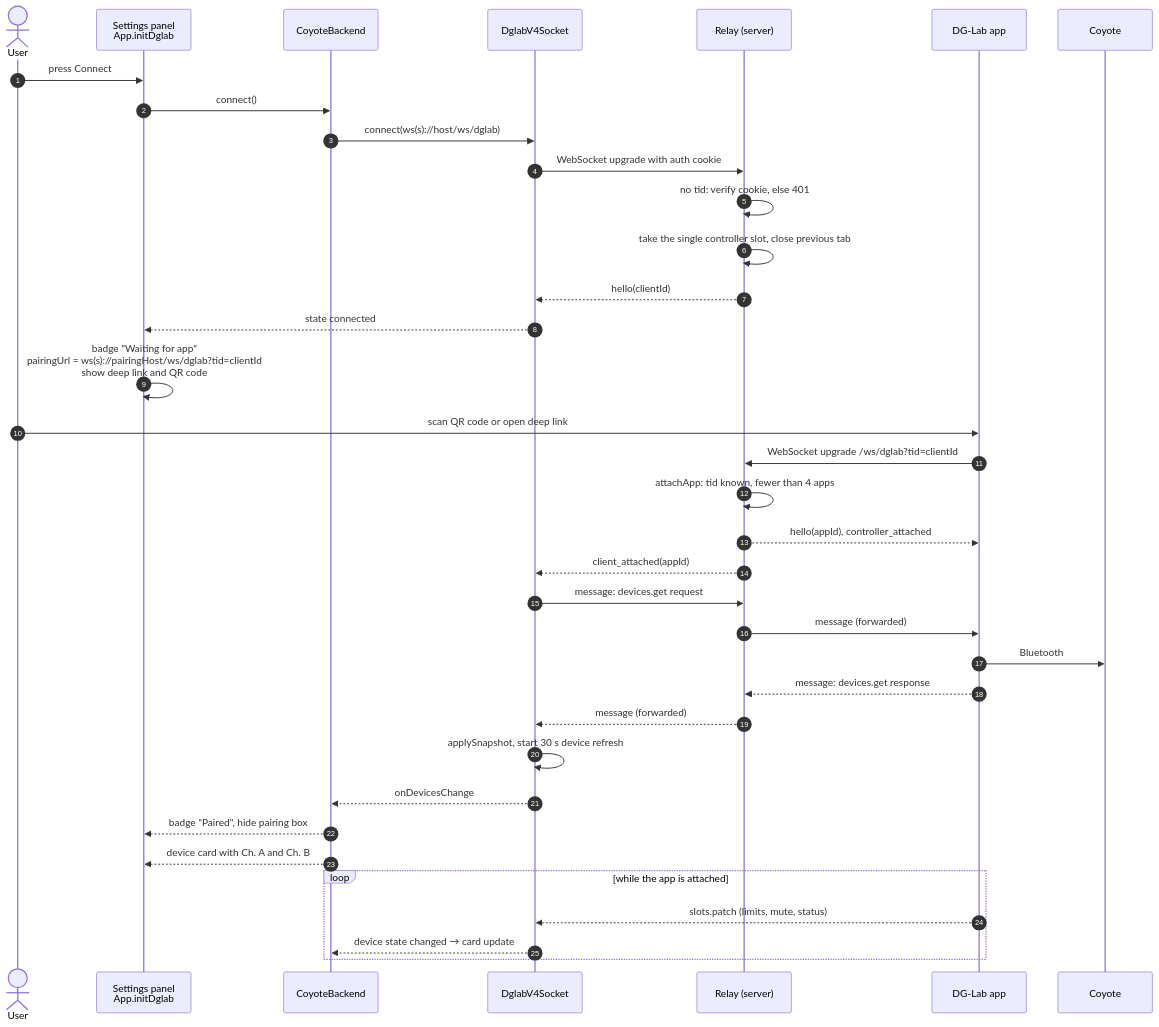
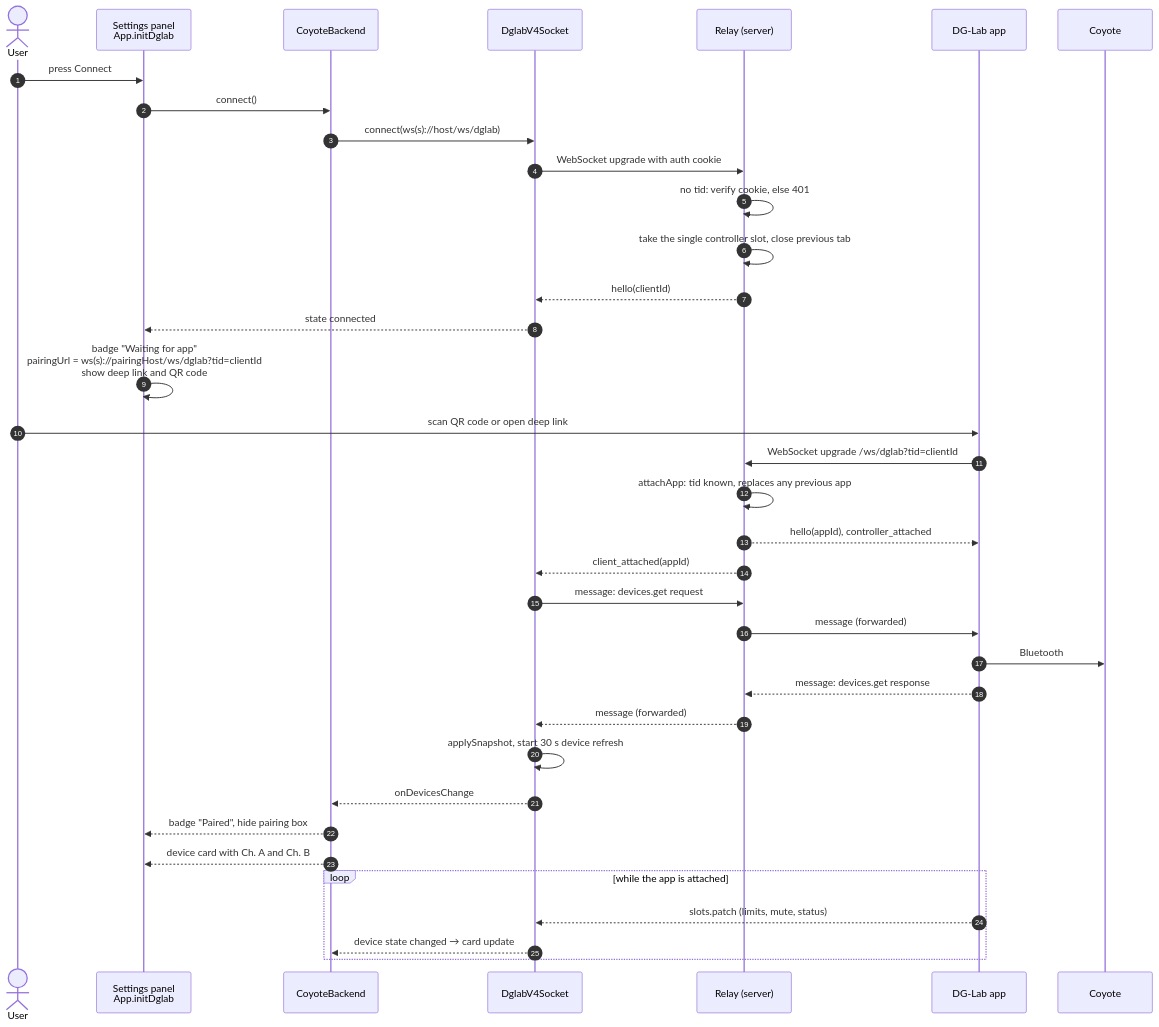
Before and after one commit to lumbar-spine-support/docker-haptic-player: the second of 3 diagrams in docs/developer/use-cases/coyote-pairing.md, drawn with Mermaid. The commit also changed other lines of this file and 4 other files, not shown here.

````diff
--- a/docs/developer/use-cases/coyote-pairing.md
+++ b/docs/developer/use-cases/coyote-pairing.md
@@ -23,39 +23,39 @@
 ```mermaid
 sequenceDiagram
   autonumber
   actor U as User
   participant UI as Settings panel<br/>App.initDglab
   participant CB as CoyoteBackend
   participant SK as DglabV4Socket
   participant R as Relay (server)
   participant P as DG-Lab app
   participant C as Coyote
 
   U->>UI: press Connect
   UI->>CB: connect()
   CB->>SK: connect(ws(s)://host/ws/dglab)
   SK->>R: WebSocket upgrade with auth cookie
   R->>R: no tid: verify cookie, else 401
   R->>R: take the single controller slot, close previous tab
   R-->>SK: hello(clientId)
   SK-->>UI: state connected
   UI->>UI: badge "Waiting for app"<br/>pairingUrl = ws(s)://pairingHost/ws/dglab?tid=clientId<br/>show deep link and QR code
   U->>P: scan QR code or open deep link
   P->>R: WebSocket upgrade /ws/dglab?tid=clientId
-  R->>R: attachApp: tid known, fewer than 4 apps
+  R->>R: attachApp: tid known, replaces any previous app
   R-->>P: hello(appId), controller_attached
   R-->>SK: client_attached(appId)
   SK->>R: message: devices.get request
   R->>P: message (forwarded)
   P->>C: Bluetooth
   P-->>R: message: devices.get response
   R-->>SK: message (forwarded)
   SK->>SK: applySnapshot, start 30 s device refresh
   SK-->>CB: onDevicesChange
   CB-->>UI: badge "Paired", hide pairing box
   CB-->>UI: device card with Ch. A and Ch. B
   loop while the app is attached
     P-->>SK: slots.patch (limits, mute, status)
     SK-->>CB: device state changed → card update
   end
 ```
````
